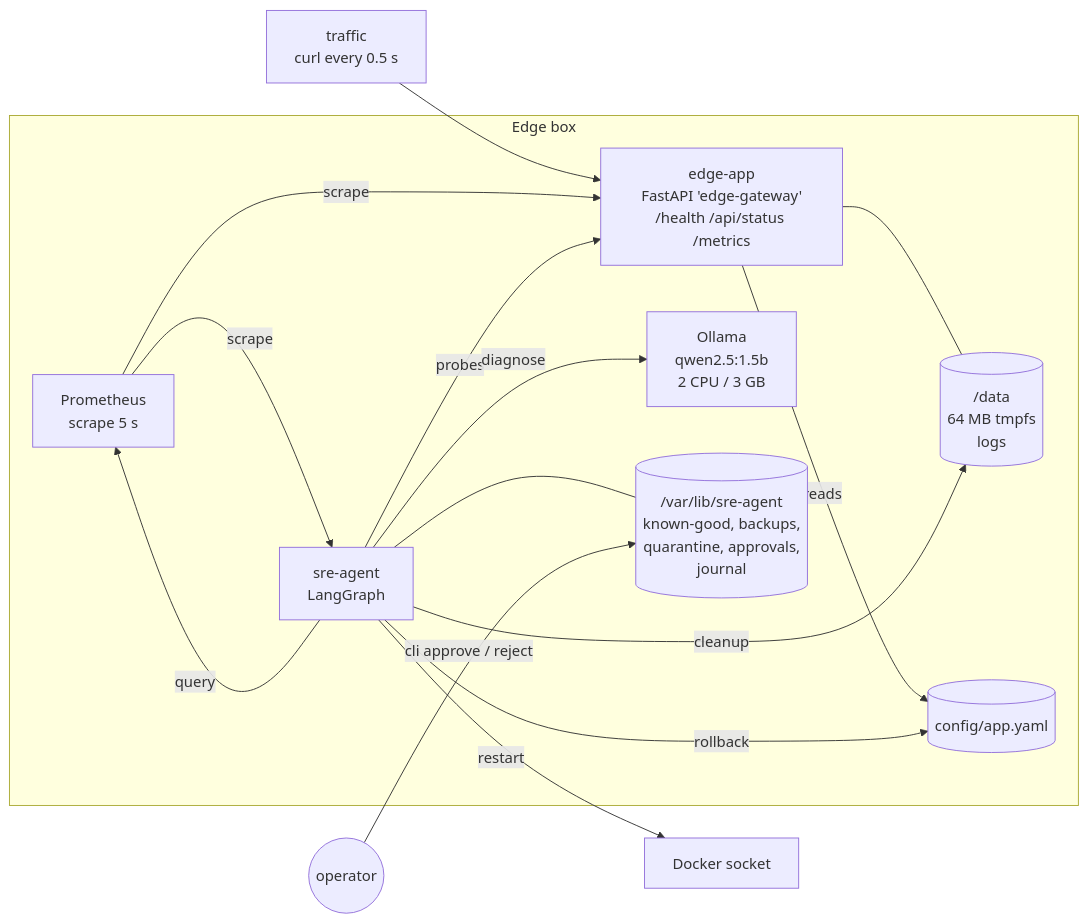
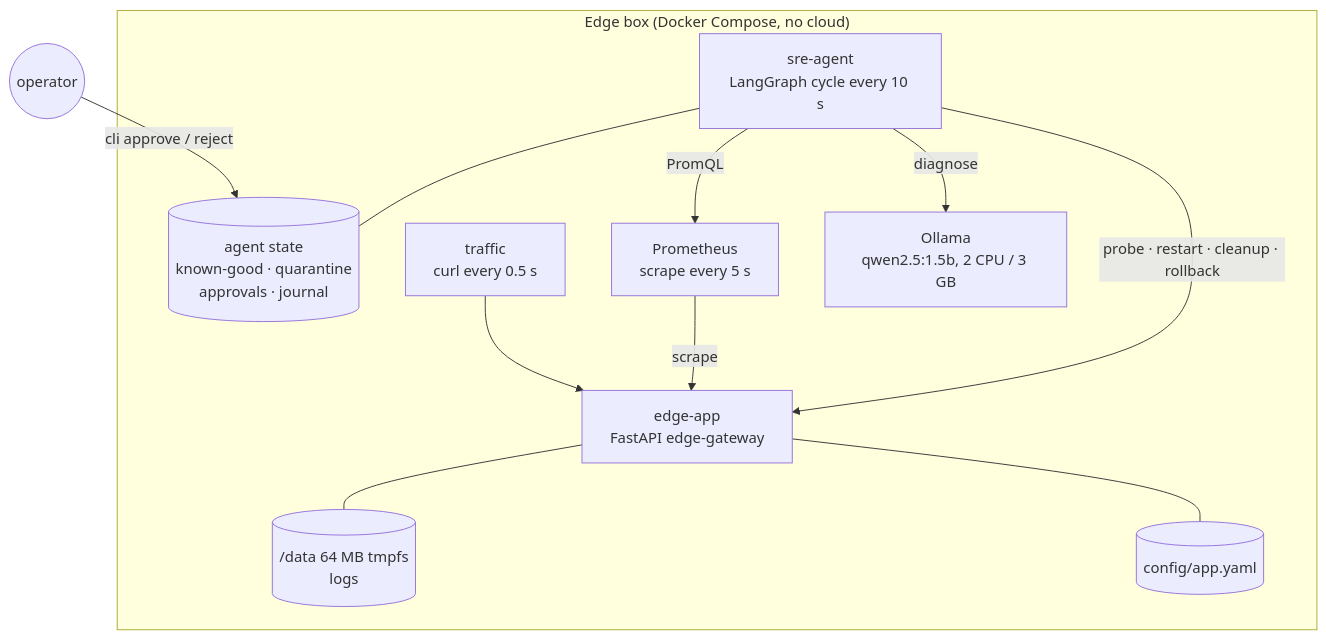
The first of 2 diagrams in README.md (oussema-code/local-sre-agent), drawn with Mermaid before and after one commit.

Commit message:
README: simpler, readable architecture diagram

````diff
--- a/README.md
+++ b/README.md
@@ -27,25 +27,14 @@
 ```mermaid
-flowchart LR
-    traffic[traffic<br/>curl every 0.5 s] --> app
-    subgraph box[Edge box]
-        app[edge-app<br/>FastAPI 'edge-gateway'<br/>/health /api/status /metrics]
-        data[(/data<br/>64 MB tmpfs<br/>logs)]
-        cfg[(config/app.yaml)]
-        prom[Prometheus<br/>scrape 5 s]
-        ollama[Ollama<br/>qwen2.5:1.5b<br/>2 CPU / 3 GB]
-        agent[sre-agent<br/>LangGraph]
-        state[(/var/lib/sre-agent<br/>known-good, backups,<br/>quarantine, approvals,<br/>journal)]
+flowchart TB
+    human((operator)) -- "cli approve / reject" --> state
+    subgraph box["Edge box (Docker Compose, no cloud)"]
+        traffic[traffic<br/>curl every 0.5 s] --> app
+        prom[Prometheus<br/>scrape every 5 s] -- scrape --> app
+        agent[sre-agent<br/>LangGraph cycle every 10 s] -- PromQL --> prom
+        agent -- diagnose --> ollama[Ollama<br/>qwen2.5:1.5b, 2 CPU / 3 GB]
+        agent -- "probe · restart · cleanup · rollback" --> app[edge-app<br/>FastAPI edge-gateway]
+        app --- data[(/data 64 MB tmpfs<br/>logs)]
+        app --- cfg[(config/app.yaml)]
+        agent --- state[(agent state<br/>known-good · quarantine<br/>approvals · journal)]
     end
-    app --- data
-    app -- reads --> cfg
-    prom -- scrape --> app
-    prom -- scrape --> agent
-    agent -- query --> prom
-    agent -- probes --> app
-    agent -- diagnose --> ollama
-    agent -- restart --> docker[Docker socket]
-    agent -- rollback --> cfg
-    agent -- cleanup --> data
-    agent --- state
-    human((operator)) -- "cli approve / reject" --> state
 ```
````
